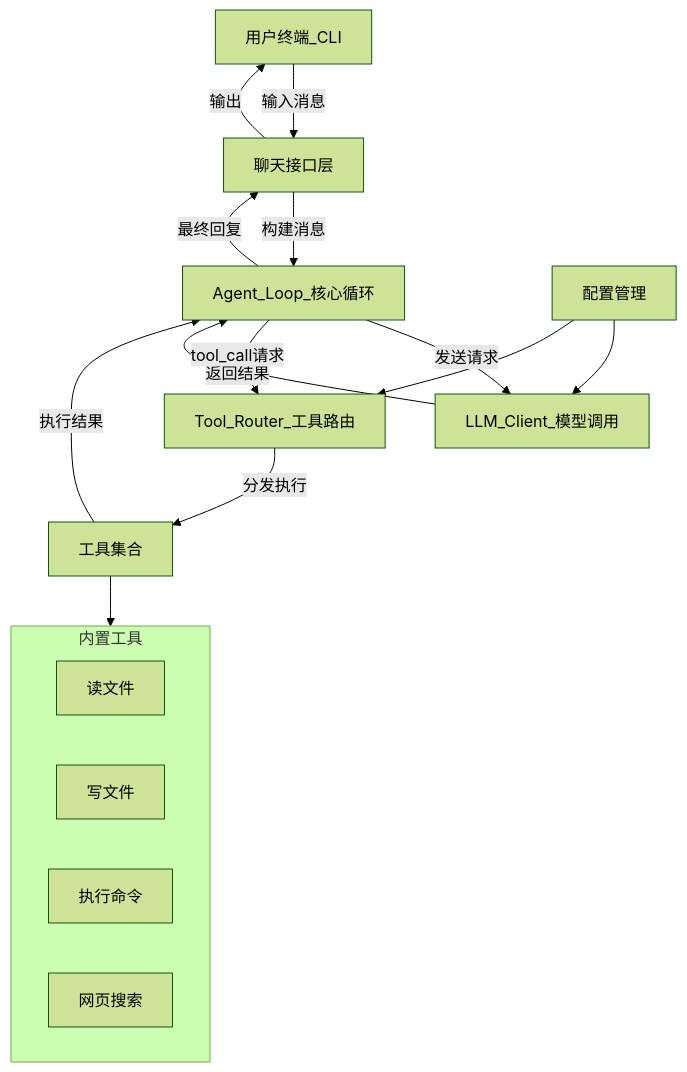
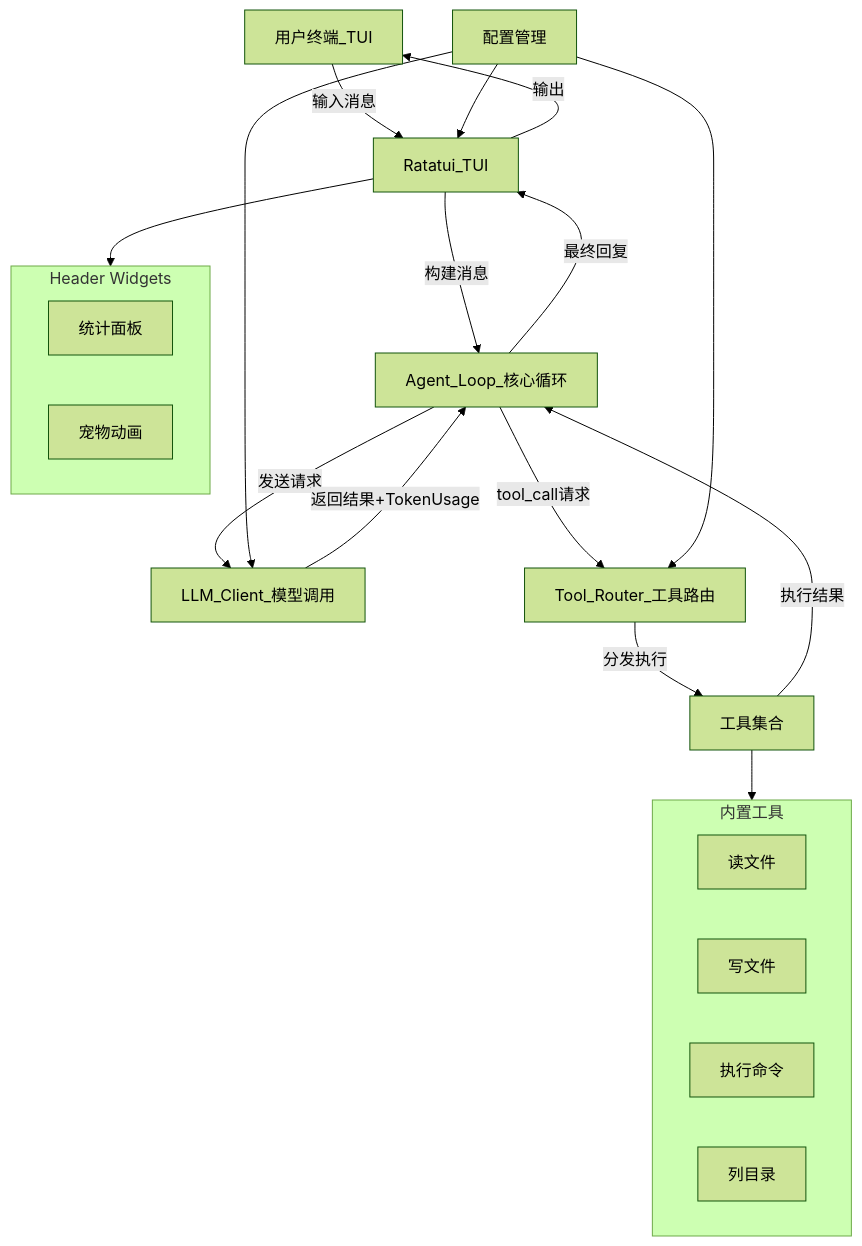
One commit to Eonh1u/miniclaw changed the diagram in docs/ARCHITECTURE.md. Above: the diagram before and after it, drawn with Mermaid (forest theme). The commit also changed other lines of this file and 3 other files, not shown here.

First line of the commit message:
Add project roadmap, Cursor guide rule, update docs to match current code

````diff
--- a/docs/ARCHITECTURE.md
+++ b/docs/ARCHITECTURE.md
@@ -21,23 +22,30 @@
 ```mermaid
 flowchart TB
-    User[用户终端_CLI] -->|输入消息| ChatInterface[聊天接口层]
-    ChatInterface -->|构建消息| AgentLoop[Agent_Loop_核心循环]
+    User[用户终端_TUI] -->|输入消息| TUI[Ratatui_TUI]
+    TUI -->|构建消息| AgentLoop[Agent_Loop_核心循环]
     AgentLoop -->|发送请求| LLMClient[LLM_Client_模型调用]
-    LLMClient -->|返回结果| AgentLoop
+    LLMClient -->|返回结果+TokenUsage| AgentLoop
     AgentLoop -->|tool_call请求| ToolRouter[Tool_Router_工具路由]
     ToolRouter -->|分发执行| Tools[工具集合]
     Tools -->|执行结果| AgentLoop
-    AgentLoop -->|最终回复| ChatInterface
-    ChatInterface -->|输出| User
+    AgentLoop -->|最终回复| TUI
+    TUI -->|输出| User
 
     subgraph toolset [内置工具]
         ReadFile[读文件]
         WriteFile[写文件]
         ExecCmd[执行命令]
-        WebSearch[网页搜索]
+        ListDir[列目录]
+    end
+
+    subgraph widgets [Header Widgets]
+        StatsWidget[统计面板]
+        PetWidget[宠物动画]
     end
 
     Tools --> toolset
+    TUI --> widgets
     Config[配置管理] --> LLMClient
     Config --> ToolRouter
+    Config --> TUI
 ```
````
